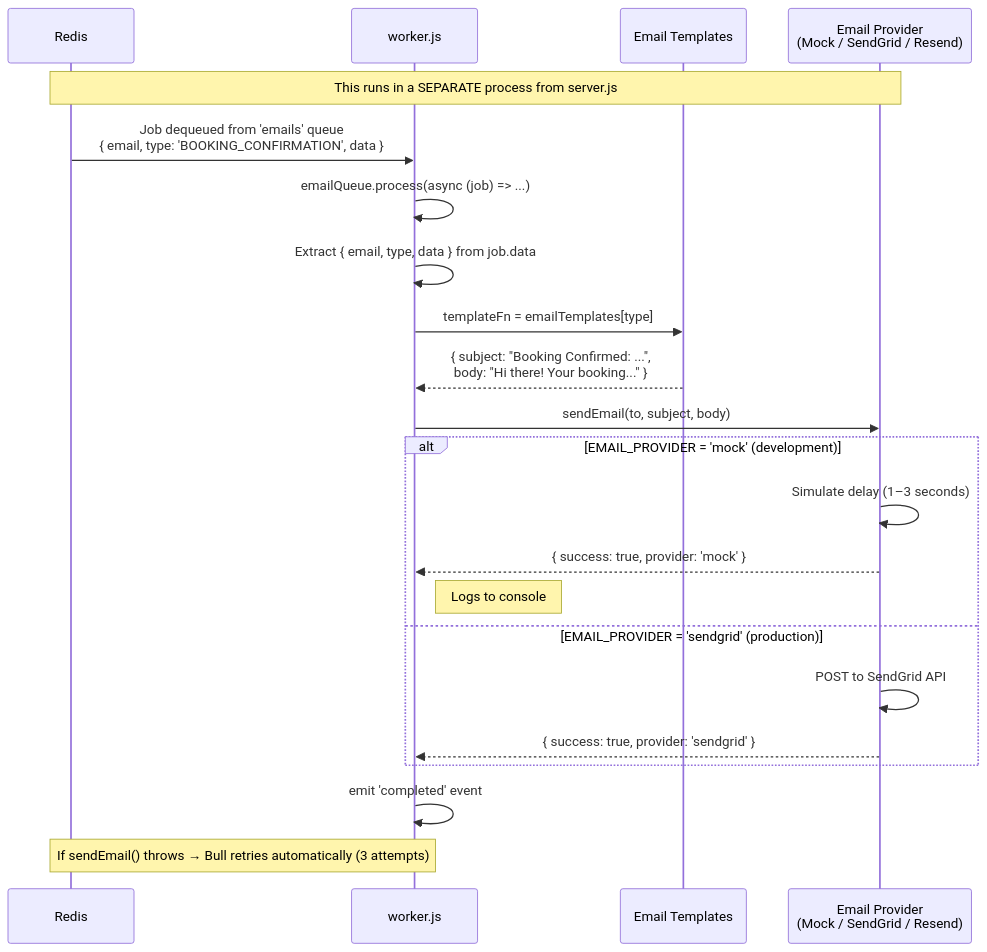
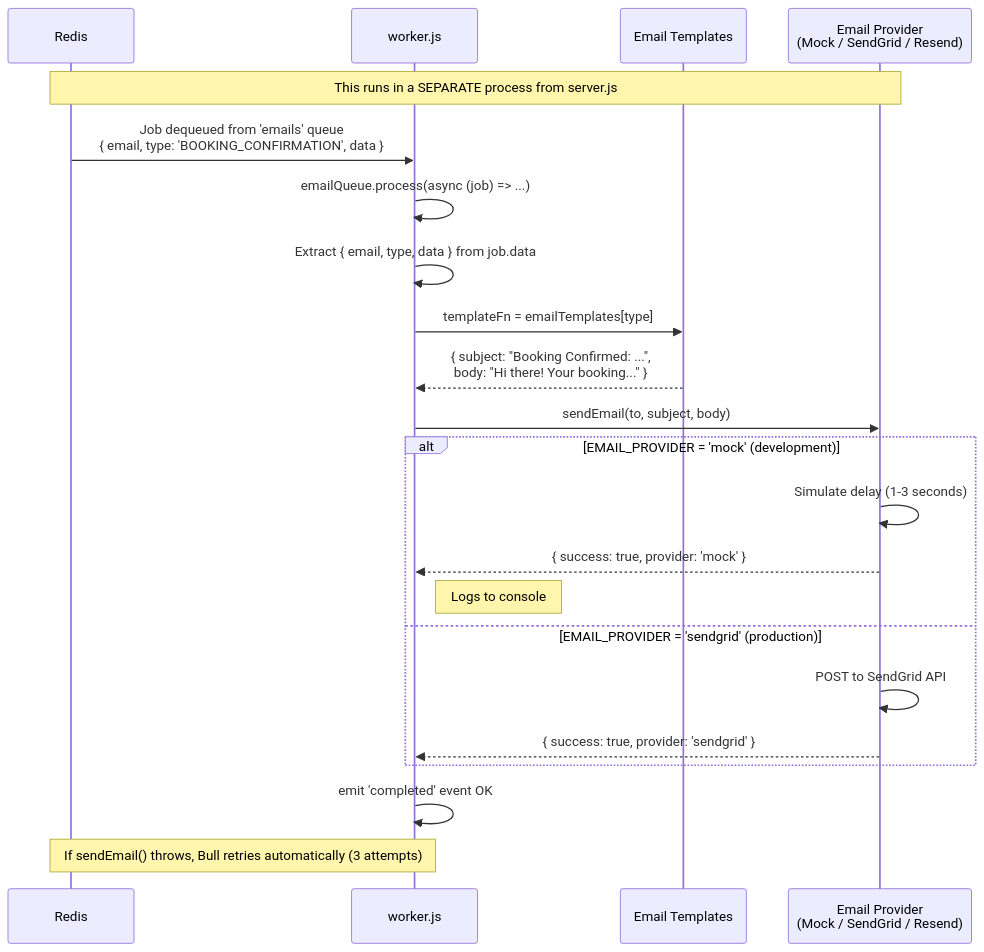
The fifth of 15 diagrams in README.md (Ochanda-Charles/Event-scheduling-system), drawn with Mermaid before and after one commit. The commit also changed other lines of this file, not shown here.

Commit message:
docs: fix mermaid diagram rendering with proper indentation and syntax

````diff
--- a/README.md
+++ b/README.md
@@ -309,32 +309,32 @@
 ```mermaid
 sequenceDiagram
- participant Redis
- participant Worker as worker.js
- participant Templates as Email Templates
- participant EmailAPI as Email Provider<br/>(Mock / SendGrid / Resend)
+    participant Redis
+    participant Worker as worker.js
+    participant Templates as Email Templates
+    participant EmailAPI as Email Provider<br/>(Mock / SendGrid / Resend)
 
- Note over Redis,EmailAPI: This runs in a SEPARATE process from server.js
+    Note over Redis,EmailAPI: This runs in a SEPARATE process from server.js
 
- Redis->>Worker: Job dequeued from 'emails' queue<br/>{ email, type: 'BOOKING_CONFIRMATION', data }
+    Redis->>Worker: Job dequeued from 'emails' queue<br/>{ email, type: 'BOOKING_CONFIRMATION', data }
 
- Worker->>Worker: emailQueue.process(async (job) => ...)
- Worker->>Worker: Extract { email, type, data } from job.data
+    Worker->>Worker: emailQueue.process(async (job) => ...)
+    Worker->>Worker: Extract { email, type, data } from job.data
 
- Worker->>Templates: templateFn = emailTemplates[type]
- Templates-->>Worker: { subject: "Booking Confirmed: ...",<br/>body: "Hi there! Your booking..." }
+    Worker->>Templates: templateFn = emailTemplates[type]
+    Templates-->>Worker: { subject: "Booking Confirmed: ...",<br/>body: "Hi there! Your booking..." }
 
- Worker->>EmailAPI: sendEmail(to, subject, body)
+    Worker->>EmailAPI: sendEmail(to, subject, body)
 
- alt EMAIL_PROVIDER = 'mock' (development)
- EmailAPI->>EmailAPI: Simulate delay (1–3 seconds)
- EmailAPI-->>Worker: { success: true, provider: 'mock' }
- Note right of Worker: Logs to console
- else EMAIL_PROVIDER = 'sendgrid' (production)
- EmailAPI->>EmailAPI: POST to SendGrid API
- EmailAPI-->>Worker: { success: true, provider: 'sendgrid' }
- end
+    alt EMAIL_PROVIDER = 'mock' (development)
+        EmailAPI->>EmailAPI: Simulate delay (1-3 seconds)
+        EmailAPI-->>Worker: { success: true, provider: 'mock' }
+        Note right of Worker: Logs to console
+    else EMAIL_PROVIDER = 'sendgrid' (production)
+        EmailAPI->>EmailAPI: POST to SendGrid API
+        EmailAPI-->>Worker: { success: true, provider: 'sendgrid' }
+    end
 
- Worker->>Worker: emit 'completed' event 
+    Worker->>Worker: emit 'completed' event OK
 
- Note over Redis,Worker: If sendEmail() throws → Bull retries automatically (3 attempts)
+    Note over Redis,Worker: If sendEmail() throws, Bull retries automatically (3 attempts)
 ```
````
